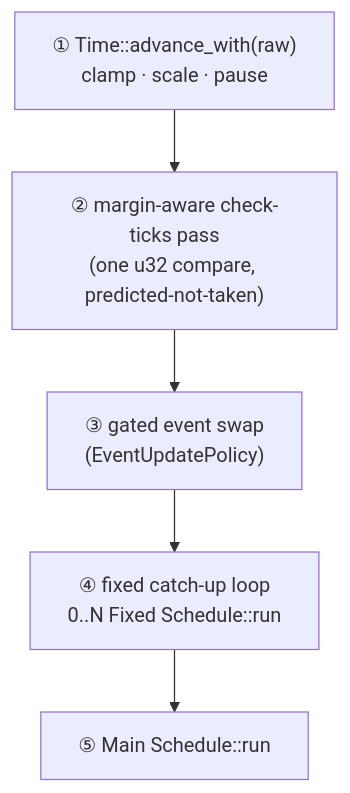
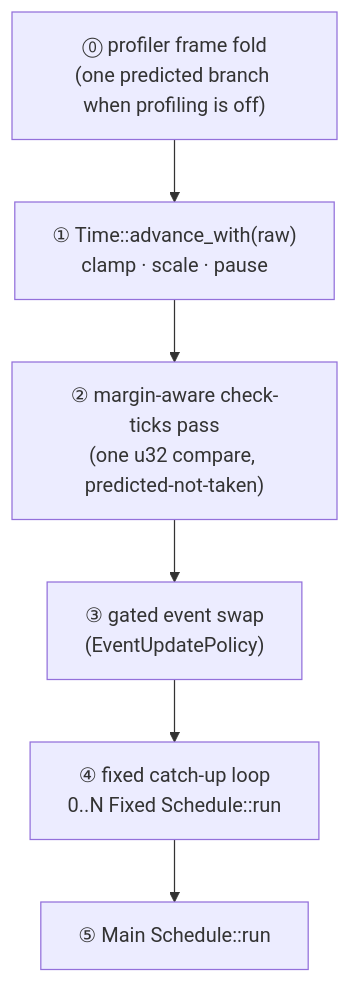
One commit to bluesteelll/boyko-engine changed the second of 2 diagrams in book/src/app/plugins.md. Above: the diagram before and after it, drawn with Mermaid. The commit also changed other lines of this file and 20 other files, not shown here.

````diff
--- a/book/src/app/plugins.md
+++ b/book/src/app/plugins.md
@@ -353,7 +353,8 @@
 ```mermaid
 flowchart TD
+    Z["⓪ profiler frame fold<br/>(one predicted branch when profiling is off)"] --> A
     A["① Time::advance_with(raw)<br/>clamp · scale · pause"] --> B["② margin-aware check-ticks pass<br/>(one u32 compare, predicted-not-taken)"]
     B --> C["③ gated event swap<br/>(EventUpdatePolicy)"]
     C --> D["④ fixed catch-up loop<br/>0..N Fixed Schedule::run"]
     D --> E["⑤ Main Schedule::run"]
 ```
````
